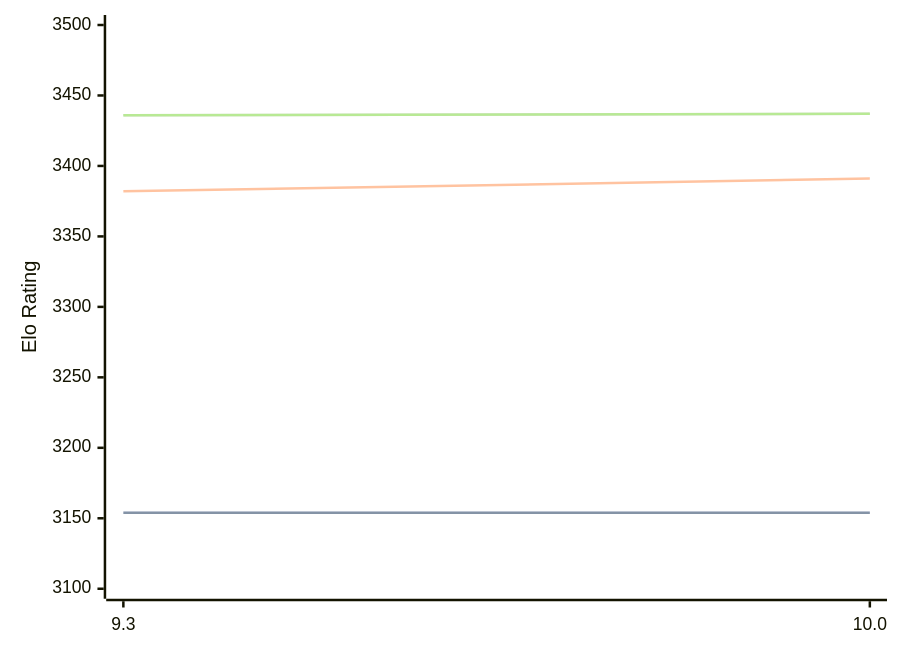
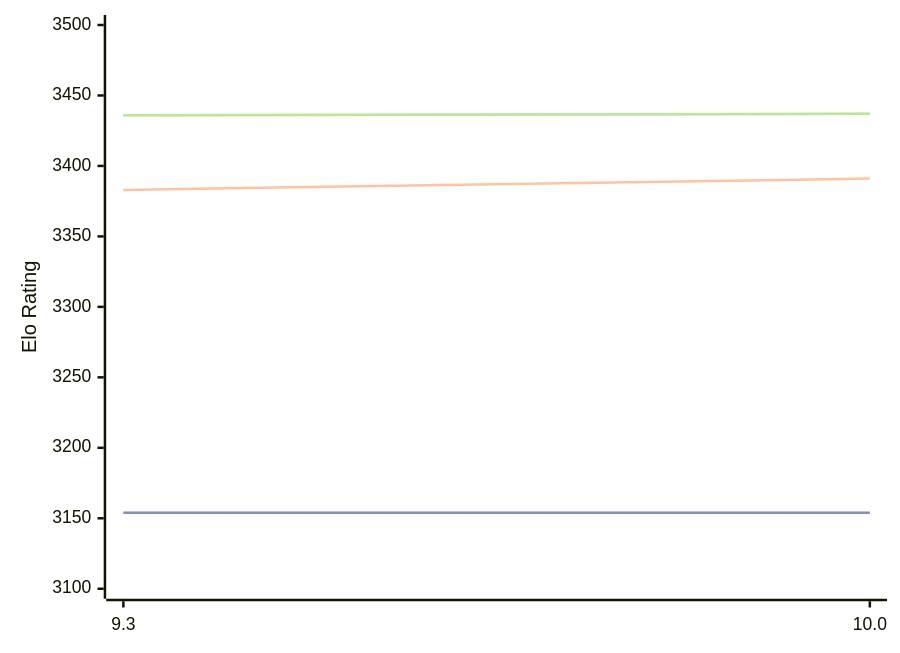
Before and after one commit to computer-chess-index/cci: the diagram in engines/Fire.md, drawn with Mermaid. The commit also changed other lines of this file, not shown here.

````diff
--- a/engines/Fire.md
+++ b/engines/Fire.md
@@ -32,11 +32,11 @@
 ```mermaid
 %%{init: {"theme":"base","themeVariables":{"seriesColors:['#a3a3a3','#222221','#faa371']}}}%%
 xychart-beta
   x-axis ["9.3", "10.0"]
   y-axis "Elo Rating" 3100 --> 3500
   line "" [3154, 3154]
   line "STC (8.0+0.08s)" [3154, 3154]
-  line "LTC (60.0+0.60s)" [3382, 3391]
+  line "LTC (60.0+0.60s)" [3383, 3391]
   line "" [3436, 3437]
   line "VLTC (2m24s+1.12s)" [3436, 3437]
 ```
````
